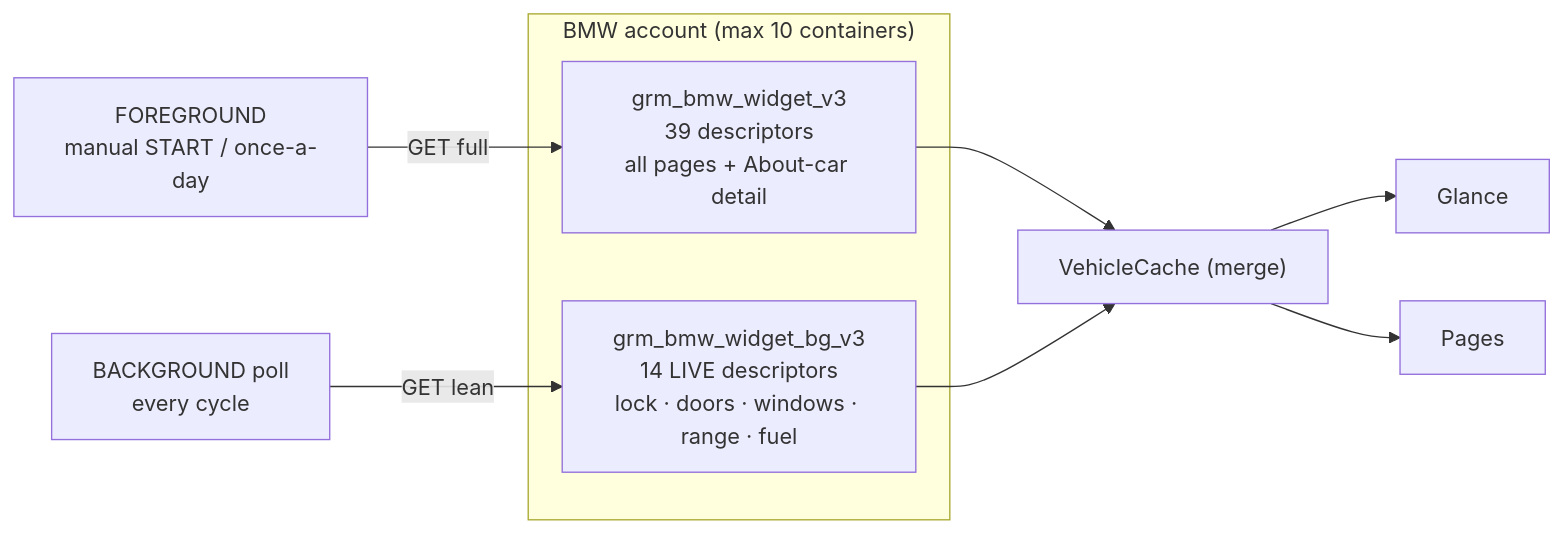
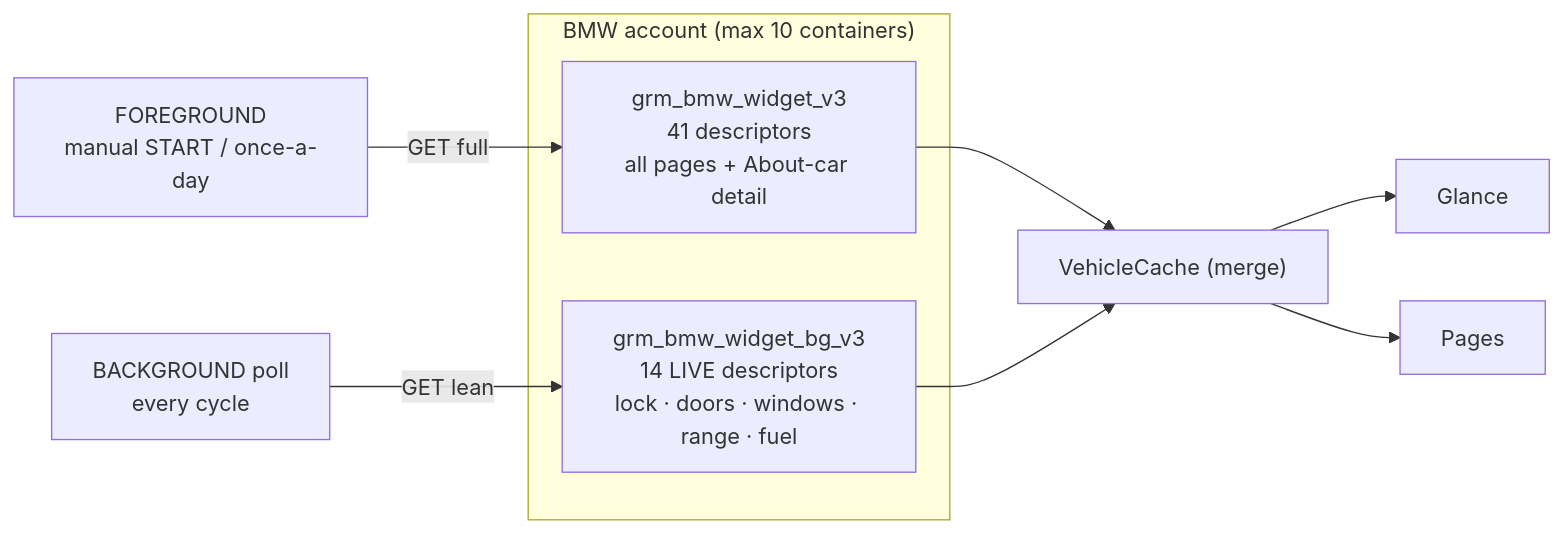
One commit to viper-sl/grm_bmw_widget changed the second of 10 diagrams in docs/ARCHITECTURE.md. Above: the diagram before and after it, drawn with Mermaid. The commit also changed other lines of this file and 8 other files, not shown here.

First line of the commit message:
docs: reflect current architecture (two-container, fetch cadence, error handling)

````diff
--- a/docs/ARCHITECTURE.md
+++ b/docs/ARCHITECTURE.md
@@ -106,15 +106,15 @@
 ```mermaid
 graph LR
     subgraph BMW["BMW account (max 10 containers)"]
-        FULL["grm_bmw_widget_v3<br/>39 descriptors<br/>all pages + About-car detail"]
+        FULL["grm_bmw_widget_v3<br/>41 descriptors<br/>all pages + About-car detail"]
         LEAN["grm_bmw_widget_bg_v3<br/>14 LIVE descriptors<br/>lock · doors · windows · range · fuel"]
     end
 
     FG2["FOREGROUND<br/>manual START / once-a-day"] -->|"GET full"| FULL
     BGP["BACKGROUND poll<br/>every cycle"] -->|"GET lean"| LEAN
 
     FULL --> CACHE["VehicleCache (merge)"]
     LEAN --> CACHE
     CACHE --> GLANCEv["Glance"]
     CACHE --> PAGESv["Pages"]
 ```
````
